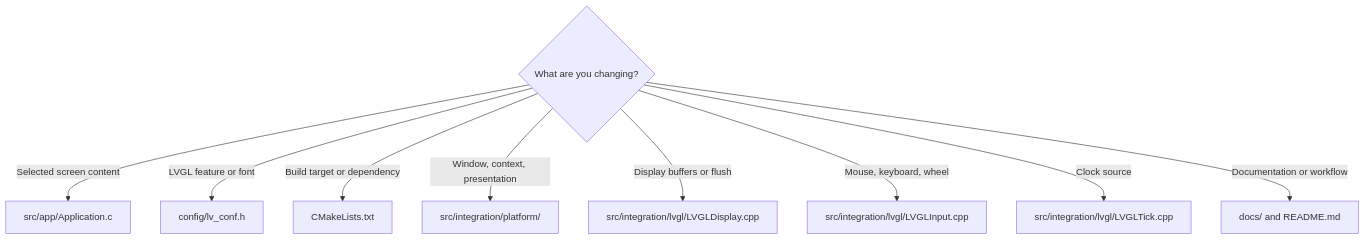
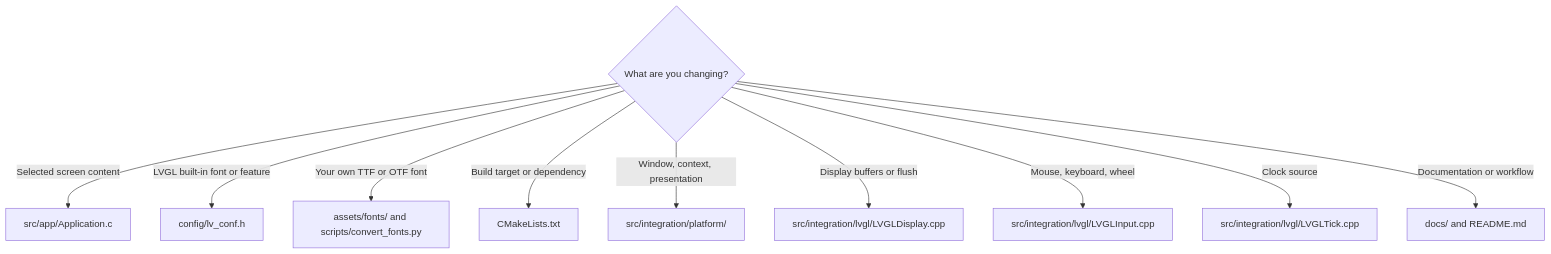
The diagram in docs/development/contributing.md (YuriAlvesBordin/LVGL-Desktop-Simulator), drawn with Mermaid before and after one commit. The commit also changed other lines of this file, not shown here.

Commit message:
docs: add custom fonts workflow to contributing guide

````diff
--- a/docs/development/contributing.md
+++ b/docs/development/contributing.md
@@ -7,12 +7,13 @@
 ```mermaid
 flowchart TD
     Q{What are you changing?}
     Q -->|Selected screen content| A[src/app/Application.c]
-    Q -->|LVGL feature or font| C[config/lv_conf.h]
+    Q -->|LVGL built-in font or feature| C[config/lv_conf.h]
+    Q -->|Your own TTF or OTF font| F[assets/fonts/ and scripts/convert_fonts.py]
     Q -->|Build target or dependency| B[CMakeLists.txt]
     Q -->|Window, context, presentation| W[src/integration/platform/]
     Q -->|Display buffers or flush| D[src/integration/lvgl/LVGLDisplay.cpp]
     Q -->|Mouse, keyboard, wheel| I[src/integration/lvgl/LVGLInput.cpp]
     Q -->|Clock source| T[src/integration/lvgl/LVGLTick.cpp]
     Q -->|Documentation or workflow| M[docs/ and README.md]
 ```
````
